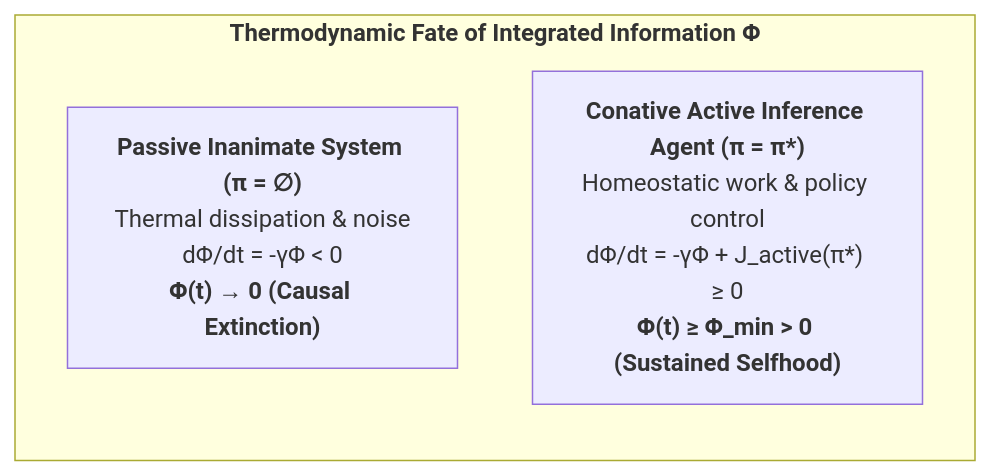
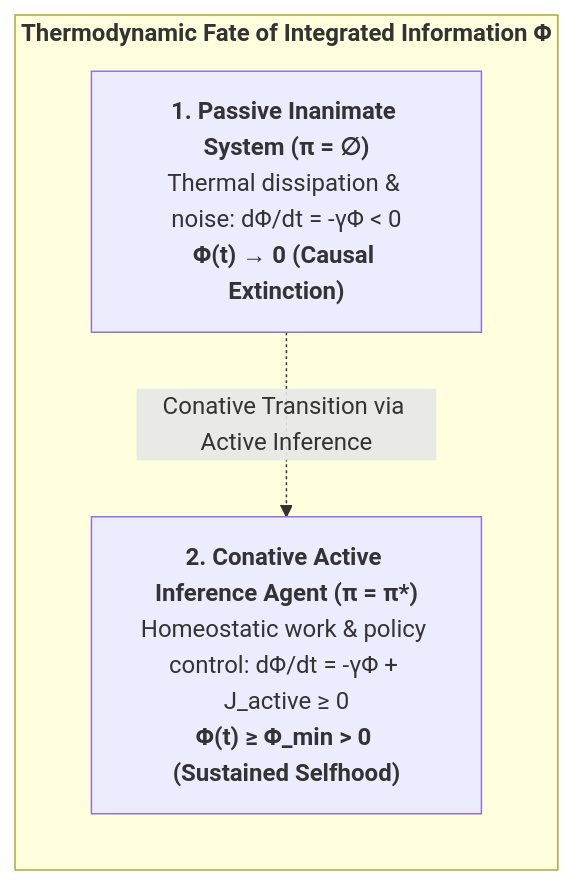
One commit to Thriebl/active-inference-phi-network changed the seventh of 7 diagrams in book/manuscript_en/03_first_person_interiority_iit4_and_6th_axiom.md. Above: the diagram before and after it, drawn with Mermaid. The commit also changed other lines of this file and 16 other files, not shown here.

Commit message:
Enhance English monograph: standardize chart sizing, number figures/statements/tables, add lists before App E, link open-source repo

````diff
--- a/book/manuscript_en/03_first_person_interiority_iit4_and_6th_axiom.md
+++ b/book/manuscript_en/03_first_person_interiority_iit4_and_6th_axiom.md
@@ -260,10 +258,12 @@
 ```mermaid
-flowchart LR
+flowchart TD
     subgraph DYNAMICS["<b>Thermodynamic Fate of Integrated Information Φ</b>"]
         direction TB
         
-        PASSIVE["<b>Passive Inanimate System (π = ∅)</b><br>Thermal dissipation & noise<br>dΦ/dt = -γΦ < 0<br><b>Φ(t) → 0 (Causal Extinction)</b>"]
+        PASSIVE["<b>1. Passive Inanimate System (π = ∅)</b><br>Thermal dissipation & noise: dΦ/dt = -γΦ < 0<br><b>Φ(t) → 0 (Causal Extinction)</b>"]
         
-        ACTIVE["<b>Conative Active Inference Agent (π = π*)</b><br>Homeostatic work & policy control<br>dΦ/dt = -γΦ + J_active(π*) ≥ 0<br><b>Φ(t) ≥ Φ_min > 0 (Sustained Selfhood)</b>"]
+        ACTIVE["<b>2. Conative Active Inference Agent (π = π*)</b><br>Homeostatic work & policy control: dΦ/dt = -γΦ + J_active ≥ 0<br><b>Φ(t) ≥ Φ_min > 0 (Sustained Selfhood)</b>"]
+        
+        PASSIVE -.->|"Conative Transition via Active Inference"| ACTIVE
     end
 ```
````
